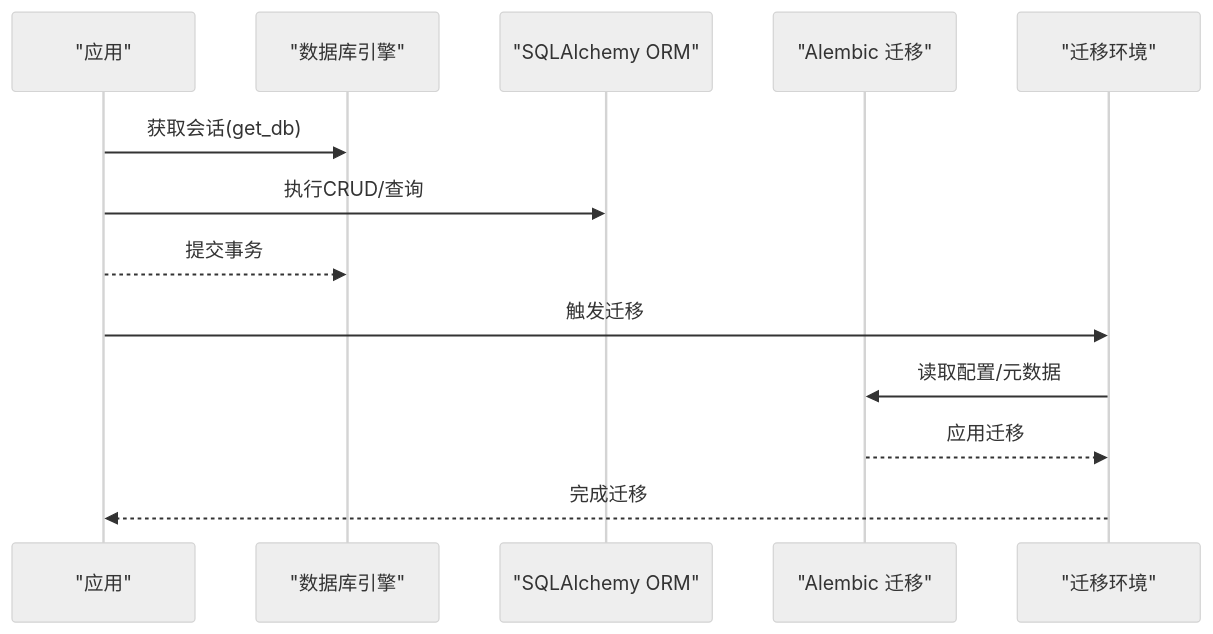
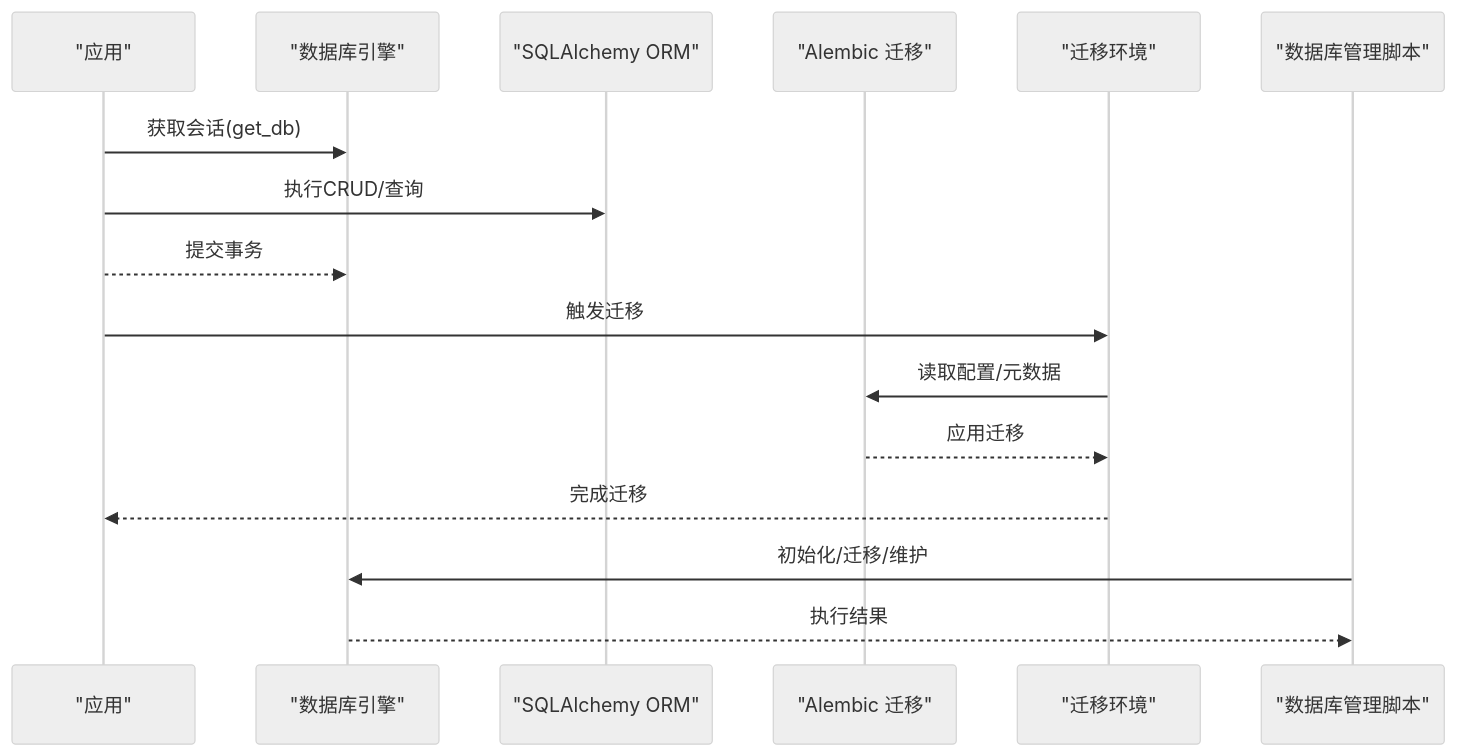
Before and after one commit to breeze-lyf/ai-stock-advisor: the second of 6 diagrams in .qoder/repowiki/zh/content/数据库设计/数据库设计.md, drawn with Mermaid (neutral theme). The commit also changed other lines of this file and 11 other files, not shown here.

````diff
--- a/.qoder/repowiki/zh/content/数据库设计/数据库设计.md
+++ b/.qoder/repowiki/zh/content/数据库设计/数据库设计.md
@@ -146,15 +191,18 @@
 ```mermaid
 sequenceDiagram
 participant App as "应用"
 participant DB as "数据库引擎"
 participant ORM as "SQLAlchemy ORM"
 participant Alembic as "Alembic 迁移"
 participant Env as "迁移环境"
+participant Scripts as "数据库管理脚本"
 App->>DB : 获取会话(get_db)
 App->>ORM : 执行CRUD/查询
 App-->>DB : 提交事务
 App->>Env : 触发迁移
 Env->>Alembic : 读取配置/元数据
 Alembic-->>Env : 应用迁移
 Env-->>App : 完成迁移
+Scripts->>DB : 初始化/迁移/维护
+DB-->>Scripts : 执行结果
 ```
````
